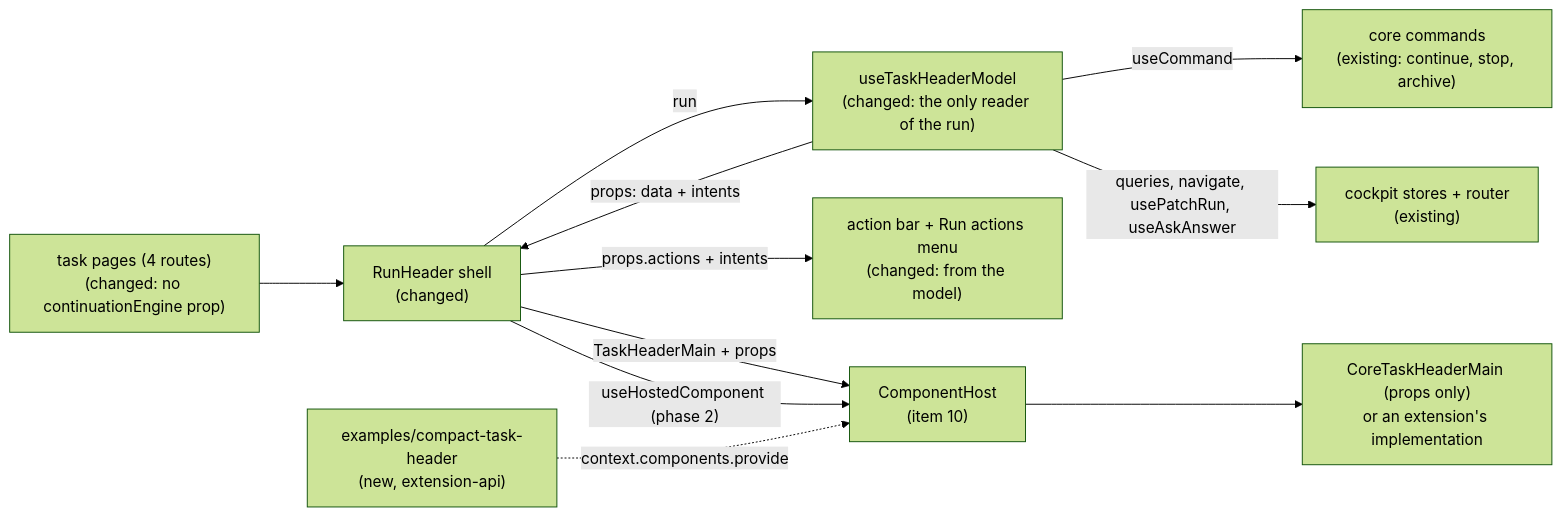
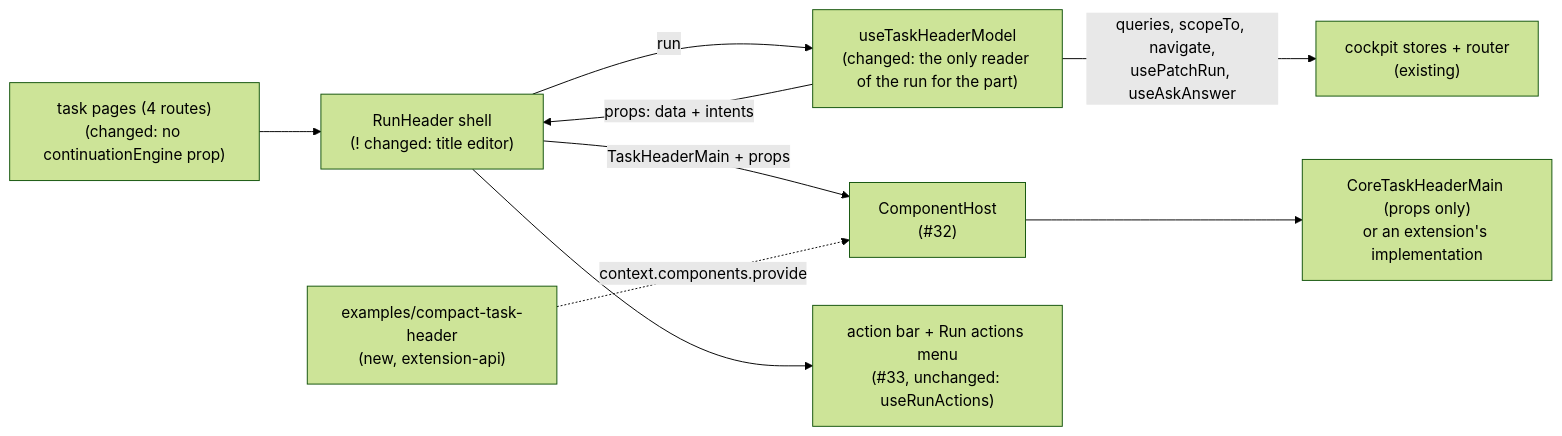
One commit to DarrenStasiakDev4You/cezar-hackathon-ale-patryk-nazywa-go-brutusem changed the diagram in .ai/specs/2026-09-19-task-header-contract.md. Above: the diagram before and after it, drawn with Mermaid (forest theme). The commit also changed other lines of this file and 2 other files, not shown here.

First line of the commit message:
docs(specs): refresh task-header-contract against the merged component host (#32, #33)

````diff
--- a/.ai/specs/2026-09-19-task-header-contract.md
+++ b/.ai/specs/2026-09-19-task-header-contract.md
@@ -153,13 +166,11 @@
 ```mermaid
 flowchart LR
   page["task pages (4 routes)<br/>(changed: no continuationEngine prop)"] --> shell
-  shell["RunHeader shell<br/>(changed)"] -->|"run"| model
-  model["useTaskHeaderModel<br/>(changed: the only reader of the run)"] -->|"useCommand"| cmds["core commands<br/>(existing: continue, stop, archive)"]
-  model -->|"queries, navigate, usePatchRun, useAskAnswer"| core["cockpit stores + router<br/>(existing)"]
+  shell["RunHeader shell<br/>(#33; changed: title editor)"] -->|"run"| model
+  model["useTaskHeaderModel<br/>(changed: the only reader of the run for the part)"] -->|"queries, scopeTo, navigate,<br/>usePatchRun, useAskAnswer"| core["cockpit stores + router<br/>(existing)"]
   model -->|"props: data + intents"| shell
-  shell -->|"props.actions + intents"| bar["action bar + Run actions menu<br/>(changed: from the model)"]
-  shell -->|"TaskHeaderMain + props"| host["ComponentHost<br/>(item 10)"]
-  shell -->|"useHostedComponent (phase 2)"| host
+  shell -->|"TaskHeaderMain + props"| host["ComponentHost<br/>(#32)"]
+  shell --> actions["action bar + Run actions menu<br/>(#33, unchanged: useRunActions)"]
   host --> impl["CoreTaskHeaderMain (props only)<br/>or an extension's implementation"]
   example["examples/compact-task-header<br/>(new, extension-api)"] -.->|"context.components.provide"| host
 ```
````
